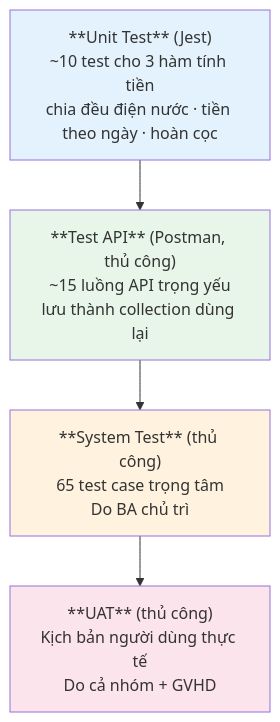
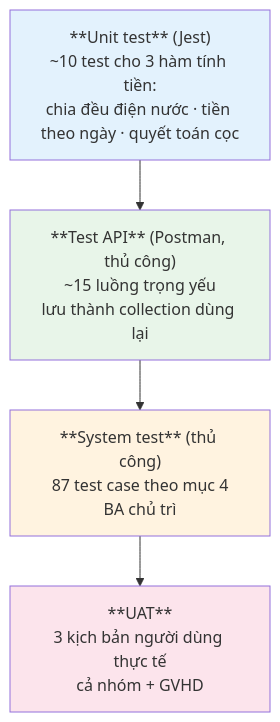
One commit to NguyenMinh205/FE_QuanLyKTX changed the diagram in docs/11-KE-HOACH-KIEM-THU.md. Above: the diagram before and after it, drawn with Mermaid. The commit also changed other lines of this file and 45 other files, not shown here.

````diff
--- a/docs/11-KE-HOACH-KIEM-THU.md
+++ b/docs/11-KE-HOACH-KIEM-THU.md
@@ -42,14 +33,14 @@
 ```mermaid
 flowchart TB
-    L1["**Unit Test** (Jest)<br/>~10 test cho 3 hàm tính tiền<br/>chia đều điện nước · tiền theo ngày · hoàn cọc"]
-    L2["**Test API** (Postman, thủ công)<br/>~15 luồng API trọng yếu<br/>lưu thành collection dùng lại"]
-    L3["**System Test** (thủ công)<br/>65 test case trọng tâm<br/>Do BA chủ trì"]
-    L4["**UAT** (thủ công)<br/>Kịch bản người dùng thực tế<br/>Do cả nhóm + GVHD"]
+    L1["**Unit test** (Jest)<br/>~10 test cho 3 hàm tính tiền:<br/>chia đều điện nước · tiền theo ngày · quyết toán cọc"]
+    L2["**Test API** (Postman, thủ công)<br/>~15 luồng trọng yếu<br/>lưu thành collection dùng lại"]
+    L3["**System test** (thủ công)<br/>87 test case theo mục 4<br/>BA chủ trì"]
+    L4["**UAT**<br/>3 kịch bản người dùng thực tế<br/>cả nhóm + GVHD"]
 
     L1 --> L2 --> L3 --> L4
 
     style L1 fill:#e3f2fd
     style L2 fill:#e8f5e9
     style L3 fill:#fff3e0
     style L4 fill:#fce4ec
 ```
````
